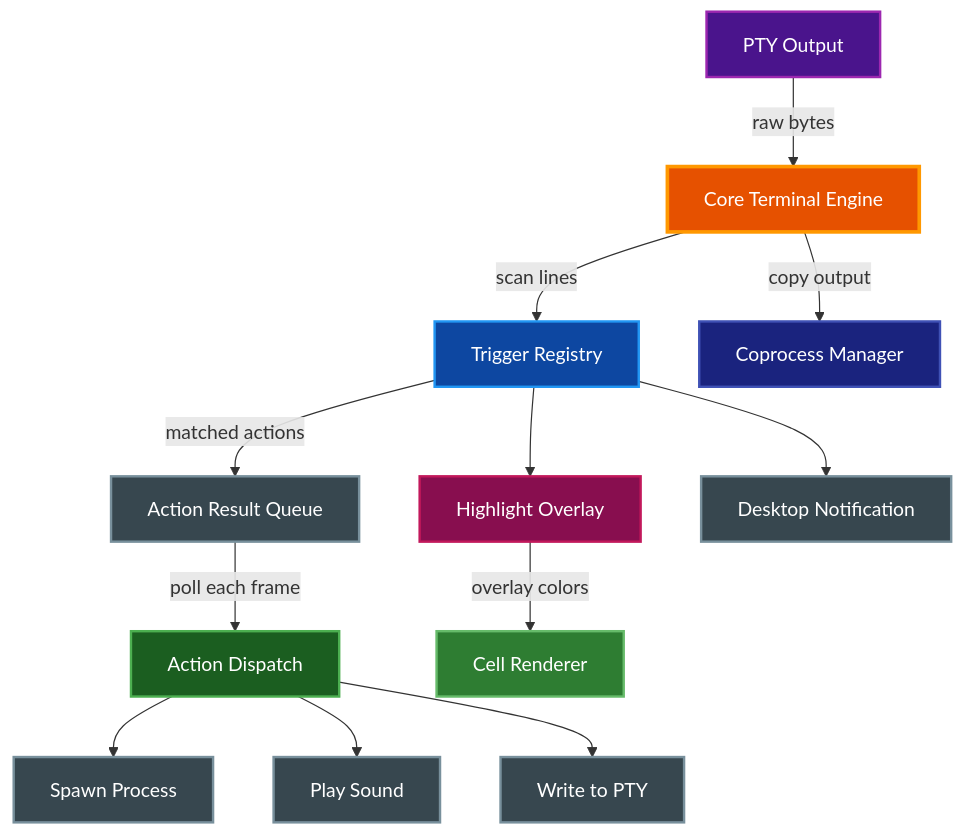
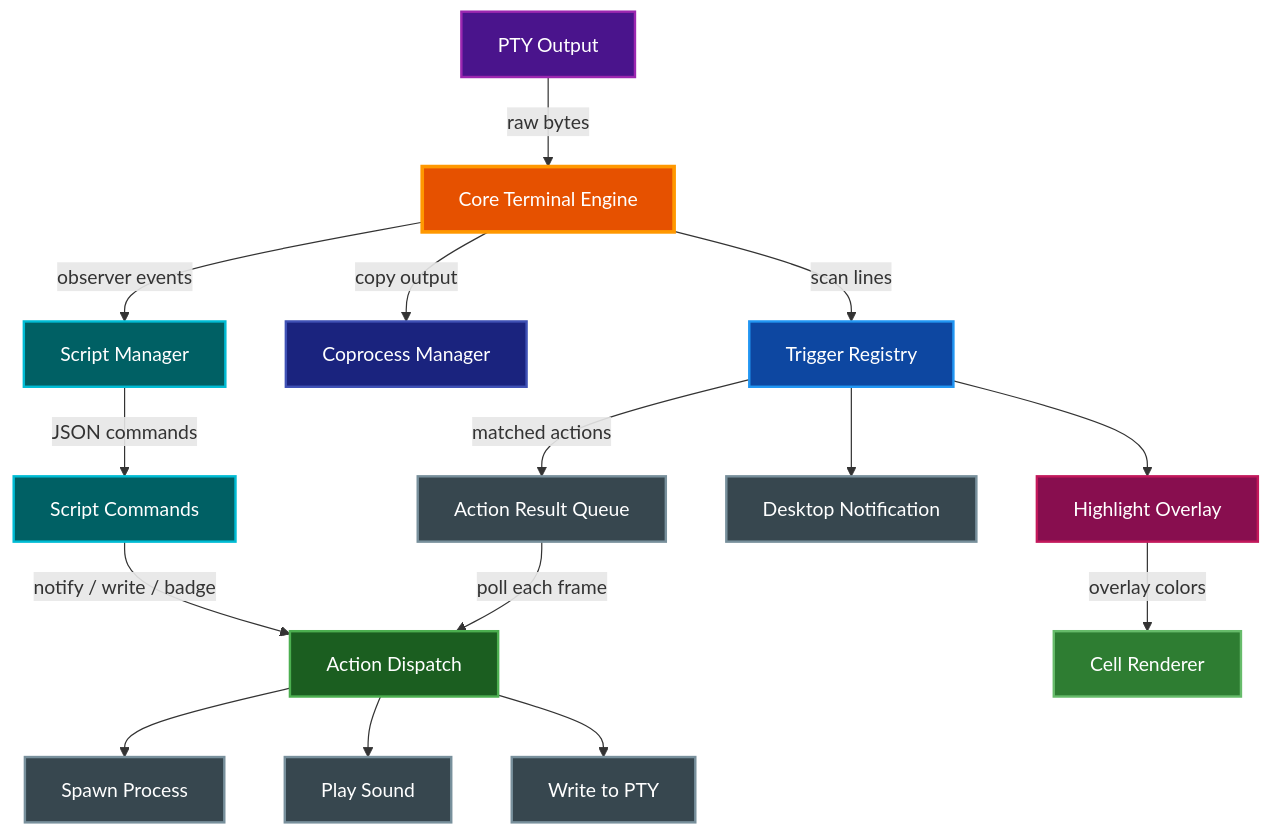
Before and after one commit to paulrobello/par-term: the first of 6 diagrams in docs/AUTOMATION.md, drawn with Mermaid. The commit also changed other lines of this file and 1 other file, not shown here.

First line of the commit message:
docs(scripting): add example observer script and Scripts section to AUTOMATION.md

````diff
--- a/docs/AUTOMATION.md
+++ b/docs/AUTOMATION.md
@@ -48,40 +59,47 @@
 ```mermaid
 graph TD
     PTY[PTY Output]
     Core[Core Terminal Engine]
     TriggerReg[Trigger Registry]
     ActionQueue[Action Result Queue]
     Dispatch[Action Dispatch]
     Highlight[Highlight Overlay]
     Notify[Desktop Notification]
     RunCmd[Spawn Process]
     PlaySnd[Play Sound]
     SendTxt[Write to PTY]
     Coproc[Coprocess Manager]
+    Script[Script Manager]
+    ScriptCmd[Script Commands]
     Render[Cell Renderer]
 
     PTY -->|raw bytes| Core
     Core -->|scan lines| TriggerReg
     TriggerReg -->|matched actions| ActionQueue
     ActionQueue -->|poll each frame| Dispatch
     Dispatch --> RunCmd
     Dispatch --> PlaySnd
     Dispatch --> SendTxt
     TriggerReg --> Highlight
     TriggerReg --> Notify
     Core -->|copy output| Coproc
+    Core -->|observer events| Script
+    Script -->|JSON commands| ScriptCmd
+    ScriptCmd -->|notify / write / badge| Dispatch
     Highlight -->|overlay colors| Render
 
     style PTY fill:#4a148c,stroke:#9c27b0,stroke-width:2px,color:#ffffff
     style Core fill:#e65100,stroke:#ff9800,stroke-width:3px,color:#ffffff
     style TriggerReg fill:#0d47a1,stroke:#2196f3,stroke-width:2px,color:#ffffff
     style ActionQueue fill:#37474f,stroke:#78909c,stroke-width:2px,color:#ffffff
     style Dispatch fill:#1b5e20,stroke:#4caf50,stroke-width:2px,color:#ffffff
     style Highlight fill:#880e4f,stroke:#c2185b,stroke-width:2px,color:#ffffff
     style Notify fill:#37474f,stroke:#78909c,stroke-width:2px,color:#ffffff
     style RunCmd fill:#37474f,stroke:#78909c,stroke-width:2px,color:#ffffff
     style PlaySnd fill:#37474f,stroke:#78909c,stroke-width:2px,color:#ffffff
     style SendTxt fill:#37474f,stroke:#78909c,stroke-width:2px,color:#ffffff
     style Coproc fill:#1a237e,stroke:#3f51b5,stroke-width:2px,color:#ffffff
+    style Script fill:#006064,stroke:#00bcd4,stroke-width:2px,color:#ffffff
+    style ScriptCmd fill:#006064,stroke:#00bcd4,stroke-width:2px,color:#ffffff
     style Render fill:#2e7d32,stroke:#66bb6a,stroke-width:2px,color:#ffffff
 ```
````
